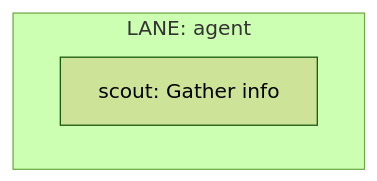
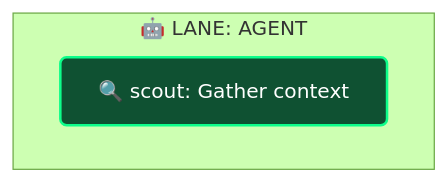
Before and after one commit to saulfernandez-me/agno-self-contain-software-factor: the diagram in templates/apf_scaffold/workflows/recon_only/graph.mermaid, drawn with Mermaid (forest theme). The commit also changed 14 other files, not shown here.

Commit message:
refactor: upgrade all workflow diagrams to the APF Mermaid v2.0 visual standard

```diff
--- a/templates/apf_scaffold/workflows/recon_only/graph.mermaid
+++ b/templates/apf_scaffold/workflows/recon_only/graph.mermaid
@@ -1,4 +1,7 @@
 graph TD
-    subgraph "LANE: agent"
-        SCOUT["scout: Gather info"]:::agent
+    %% APF Color Palette
+    classDef agent fill:#0f5132,stroke:#0dfd8a,stroke-width:2px,color:#fff,rx:5px,ry:5px
+
+    subgraph "🤖 LANE: AGENT"
+        SCOUT["🔍 scout: Gather context"]:::agent
     end
```
